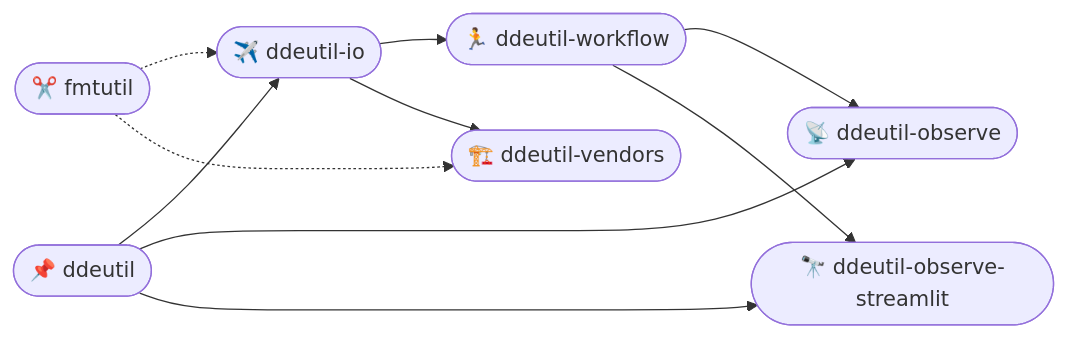
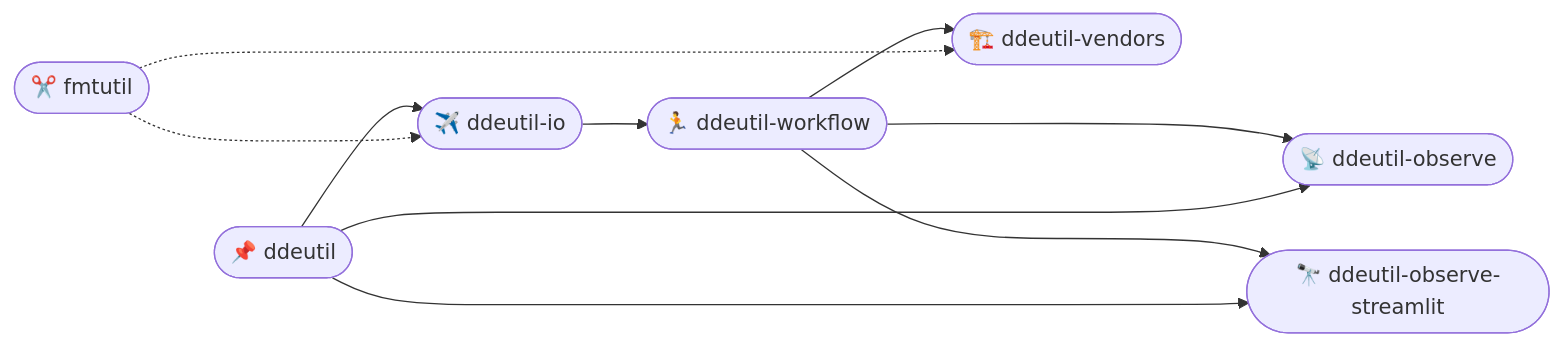
One commit to ddeutils/.github changed the diagram in profile/README.md. Above: the diagram before and after it, drawn with Mermaid. The commit also changed other lines of this file, not shown here.

````diff
--- a/profile/README.md
+++ b/profile/README.md
@@ -5,10 +5,10 @@
 ```mermaid
 flowchart LR
-   1([📌 ddeutil]) --> 2([✈️ ddeutil-io]) --> 3([🏃 ddeutil-workflow]) --> 4([📡 ddeutil-observe])
-   1 --> 4
-   2 --> 5([🏗️ ddeutil-vendors])
-   3 --> 6([🔭 ddeutil-observe-streamlit])
+   1([📌 ddeutil]) --> 2([✈️ ddeutil-io]) --> 3([🏃 ddeutil-workflow]) ---> 4([📡 ddeutil-observe])
+   1 ---> 4
+   3 --> 5([🏗️ ddeutil-vendors])
+   3 ---> 6([🔭 ddeutil-observe-streamlit])
    1 --> 6
-   0([✂️ fmtutil]) -.-> 2
-   0 -.-> 5
+   0([✂️ fmtutil]) -..-> 2
+   0 -..-> 5
 ```
````
